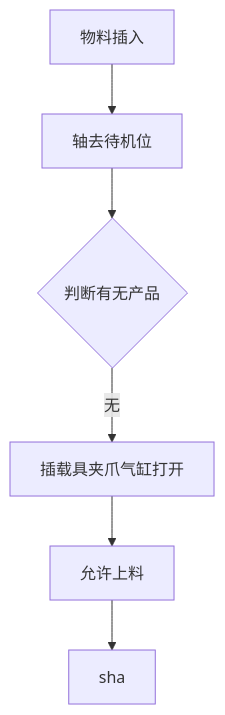
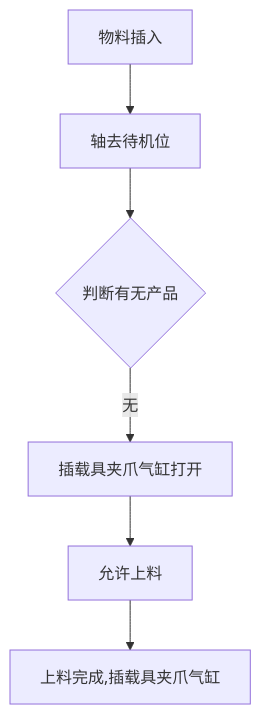
The diagram in all/VR-OP90物料插入.md (zmq000/iodraw-files), drawn with Mermaid before and after one commit.

Commit message:
2026-06-18 11:22:08 update

````diff
--- a/all/VR-OP90物料插入.md
+++ b/all/VR-OP90物料插入.md
@@ -1,10 +1,10 @@
 ```mermaid
 graph TD
 0[物料插入]-->10
 10[轴去待机位]-->20
 20{判断有无产品}-->|无|30
 30[插载具夹爪气缸打开]-->40
 40[允许上料]-->50
-50[sha]
+50[上料完成,插载具夹爪气缸]
   
 ```
````
